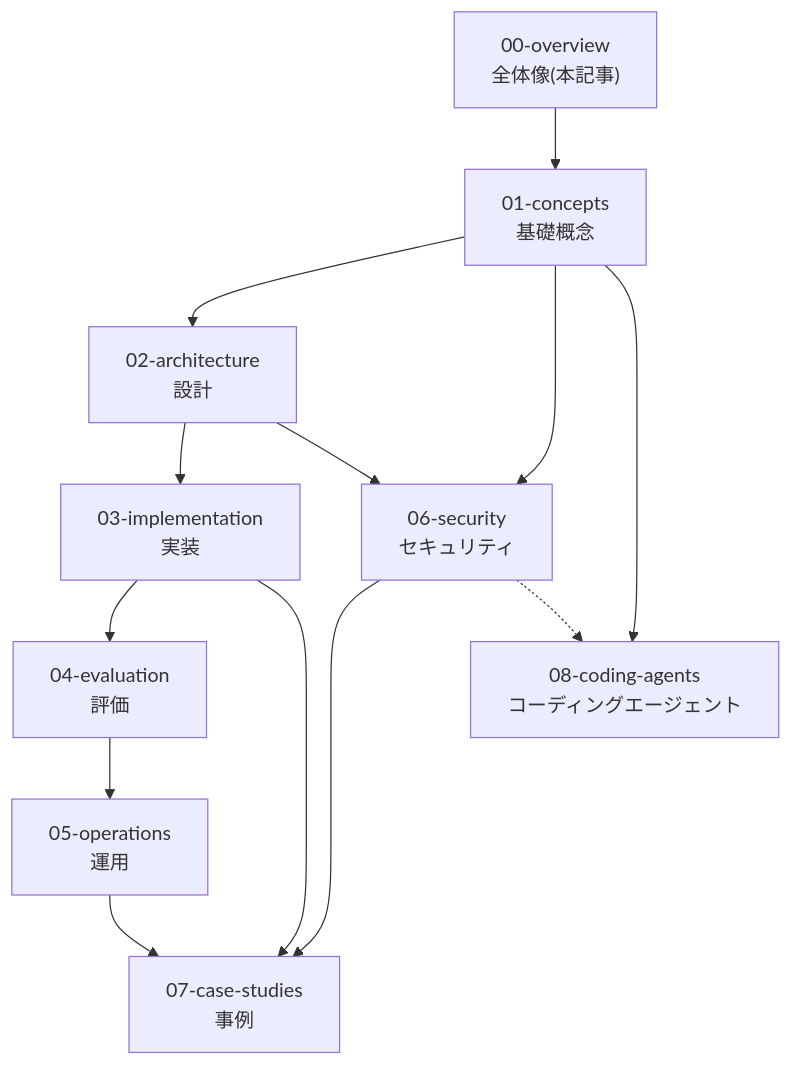
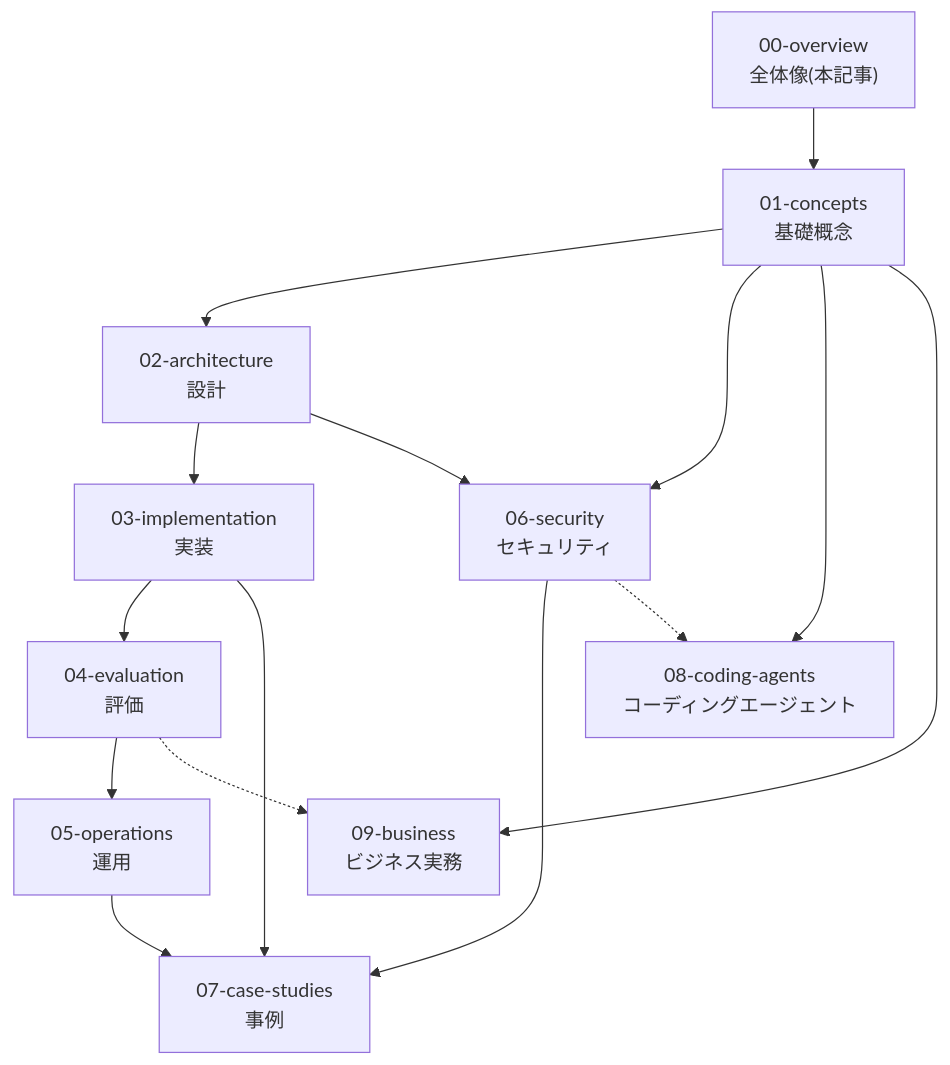
One commit to pero3dev/ai-agent-library changed the diagram in docs/00-overview/learning-roadmap.md. Above: the diagram before and after it, drawn with Mermaid. The commit also changed other lines of this file and 54 other files, not shown here.

````diff
--- a/docs/00-overview/learning-roadmap.md
+++ b/docs/00-overview/learning-roadmap.md
@@ -32,15 +32,17 @@
 ```mermaid
 flowchart TD
     O["00-overview<br/>全体像(本記事)"] --> C1["01-concepts<br/>基礎概念"]
     C1 --> A2["02-architecture<br/>設計"]
     A2 --> I3["03-implementation<br/>実装"]
     I3 --> E4["04-evaluation<br/>評価"]
     E4 --> P5["05-operations<br/>運用"]
     C1 --> S6["06-security<br/>セキュリティ"]
     A2 --> S6
     I3 --> CS7["07-case-studies<br/>事例"]
     S6 --> CS7
     P5 --> CS7
     C1 --> CA8["08-coding-agents<br/>コーディングエージェント"]
     S6 -.-> CA8
+    C1 --> B9["09-business<br/>ビジネス実務"]
+    E4 -.-> B9
 ```
````
